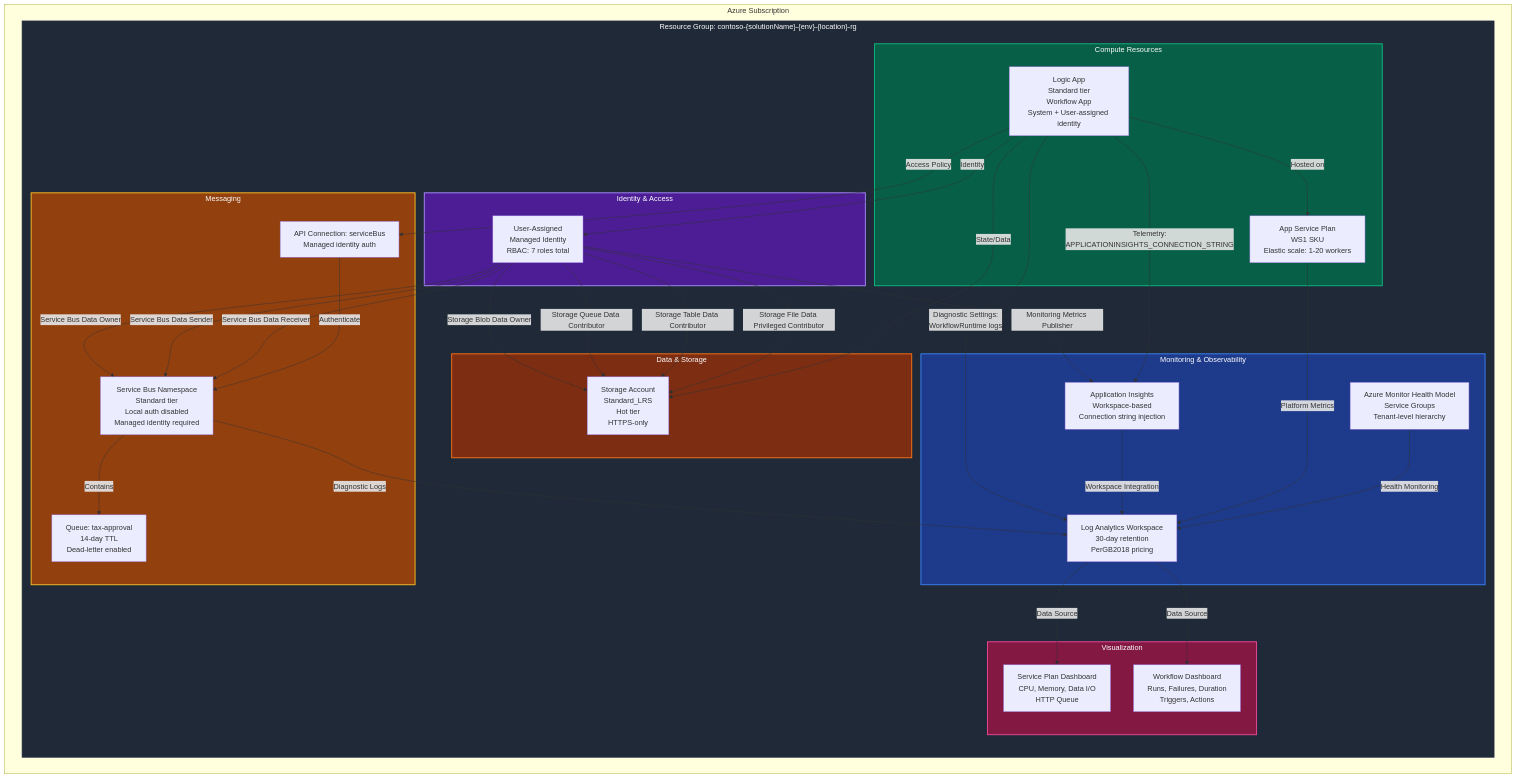
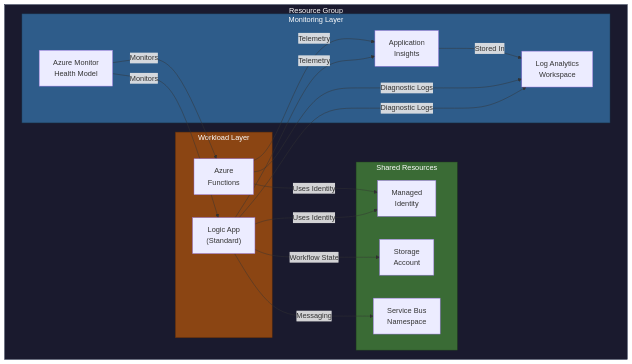
One commit to Evilazaro/Azure-LogicApps-Monitoring changed the first of 2 diagrams in README.md. Above: the diagram before and after it, drawn with Mermaid. The commit also changed other lines of this file and 1 other file, not shown here.

````diff
--- a/README.md
+++ b/README.md
@@ -80,71 +66,38 @@
 ```mermaid
 flowchart TB
-    subgraph Subscription["Azure Subscription"]
-        subgraph RG["Resource Group: contoso-{solutionName}-{env}-{location}-rg"]
-            subgraph MonitoringStack["Monitoring & Observability"]
-                LAW["Log Analytics Workspace<br/>30-day retention<br/>PerGB2018 pricing"]
-                AI["Application Insights<br/>Workspace-based<br/>Connection string injection"]
-                HM["Azure Monitor Health Model<br/>Service Groups<br/>Tenant-level hierarchy"]
-            end
-            
-            subgraph ComputeLayer["Compute Resources"]
-                ASP["App Service Plan<br/>WS1 SKU<br/>Elastic scale: 1-20 workers"]
-                LA["Logic App<br/>Standard tier<br/>Workflow App<br/>System + User-assigned identity"]
-            end
-            
-            subgraph DataLayer["Data & Storage"]
-                SA["Storage Account<br/>Standard_LRS<br/>Hot tier<br/>HTTPS-only"]
-            end
-            
-            subgraph IdentityLayer["Identity & Access"]
-                UMI["User-Assigned<br/>Managed Identity<br/>RBAC: 7 roles total"]
-            end
-            
-            subgraph DashboardLayer["Visualization"]
-                DASH1["Service Plan Dashboard<br/>CPU, Memory, Data I/O<br/>HTTP Queue"]
-                DASH2["Workflow Dashboard<br/>Runs, Failures, Duration<br/>Triggers, Actions"]
-            end
-            
-            subgraph MessagingLayer["Messaging"]
-                SB["Service Bus Namespace<br/>Standard tier<br/>Local auth disabled<br/>Managed identity required"]
-                Queue["Queue: tax-approval<br/>14-day TTL<br/>Dead-letter enabled"]
-                SBConn["API Connection: serviceBus<br/>Managed identity auth"]
-            end
+    subgraph rg["Resource Group"]
+        subgraph monitoring["Monitoring Layer"]
+            law["Log Analytics<br/>Workspace"]
+            ai["Application<br/>Insights"]
+            ahm["Azure Monitor<br/>Health Model"]
+        end
+        
+        subgraph shared["Shared Resources"]
+            mi["Managed<br/>Identity"]
+            sa["Storage<br/>Account"]
+            sb["Service Bus<br/>Namespace"]
+        end
+        
+        subgraph workload["Workload Layer"]
+            la["Logic App<br/>(Standard)"]
+            af["Azure<br/>Functions"]
         end
     end
     
-    UMI -->|Storage Blob Data Owner| SA
-    UMI -->|Storage Queue Data Contributor| SA
-    UMI -->|Storage Table Data Contributor| SA
-    UMI -->|Storage File Data Privileged Contributor| SA
-    UMI -->|Monitoring Metrics Publisher| AI
-    UMI -->|Service Bus Data Owner| SB
-    UMI -->|Service Bus Data Sender| SB
-    UMI -->|Service Bus Data Receiver| SB
+    la -->|Diagnostic Logs| law
+    la -->|Telemetry| ai
+    af -->|Diagnostic Logs| law
+    af -->|Telemetry| ai
+    la -->|Uses Identity| mi
+    af -->|Uses Identity| mi
+    la -->|Workflow State| sa
+    la -->|Messaging| sb
+    ahm -->|Monitors| la
+    ahm -->|Monitors| af
+    ai -->|Stored In| law
     
-    LA -->|Hosted on| ASP
-    LA -->|Identity| UMI
-    LA -->|State/Data| SA
-    LA -->|Diagnostic Settings:<br/>WorkflowRuntime logs| LAW
-    LA -->|Telemetry:<br/>APPLICATIONINSIGHTS_CONNECTION_STRING| AI
-    LA -->|Access Policy| SBConn
-    
-    SBConn -->|Authenticate| SB
-    SB -->|Contains| Queue
-    
-    AI -->|Workspace Integration| LAW
-    ASP -->|Platform Metrics| LAW
-    SB -->|Diagnostic Logs| LAW
-    HM -->|Health Monitoring| LAW
-    
-    LAW -->|Data Source| DASH1
-    LAW -->|Data Source| DASH2
-    
-    style MonitoringStack fill:#1E3A8A,stroke:#3B82F6,stroke-width:2px,color:#FFFFFF
-    style ComputeLayer fill:#065F46,stroke:#10B981,stroke-width:2px,color:#FFFFFF
-    style DataLayer fill:#7C2D12,stroke:#F97316,stroke-width:2px,color:#FFFFFF
-    style IdentityLayer fill:#4C1D95,stroke:#A78BFA,stroke-width:2px,color:#FFFFFF
-    style DashboardLayer fill:#831843,stroke:#EC4899,stroke-width:2px,color:#FFFFFF
-    style MessagingLayer fill:#92400E,stroke:#FBBF24,stroke-width:2px,color:#FFFFFF
-    style RG fill:#1F2937,stroke:#6B7280,stroke-width:1px,color:#FFFFFF
+    style monitoring fill:#2E5C8A,stroke:#1A3A52,color:#FFFFFF
+    style shared fill:#3A6B35,stroke:#1F3A1E,color:#FFFFFF
+    style workload fill:#8B4513,stroke:#5C2D0A,color:#FFFFFF
+    style rg fill:#1A1A2E,stroke:#16213E,color:#FFFFFF
 ```
````
